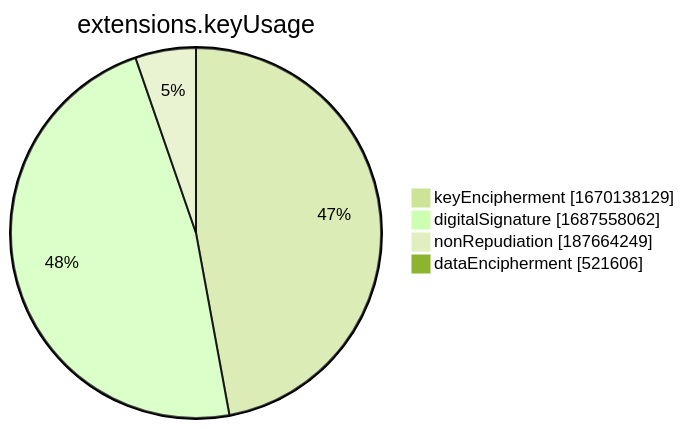
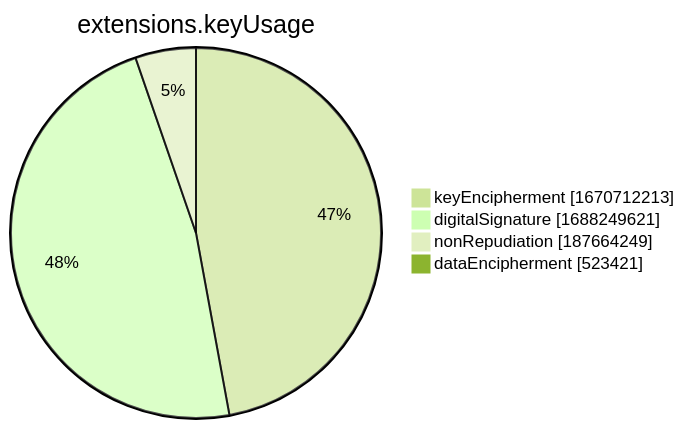
Before and after one commit to christiankrug/ctmonitor_visualization: the seventh of 15 diagrams in xenon2022/README.md, drawn with Mermaid (forest theme). The commit also changed other lines of this file, not shown here.

````diff
--- a/xenon2022/README.md
+++ b/xenon2022/README.md
@@ -2857,8 +2857,8 @@
 ```mermaid
 pie showData
 title extensions.keyUsage
-"keyEncipherment" :1670138129
-"digitalSignature" :1687558062
+"keyEncipherment" :1670712213
+"digitalSignature" :1688249621
 "nonRepudiation" :187664249
-"dataEncipherment" :521606
+"dataEncipherment" :523421
 ```
````
